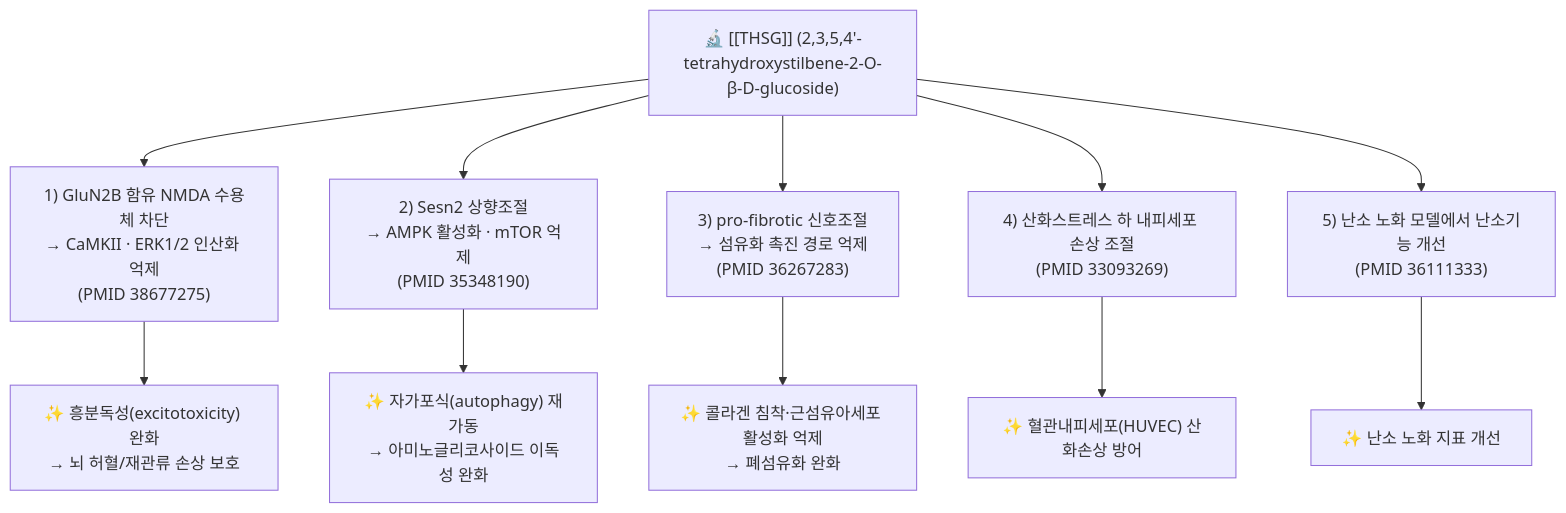
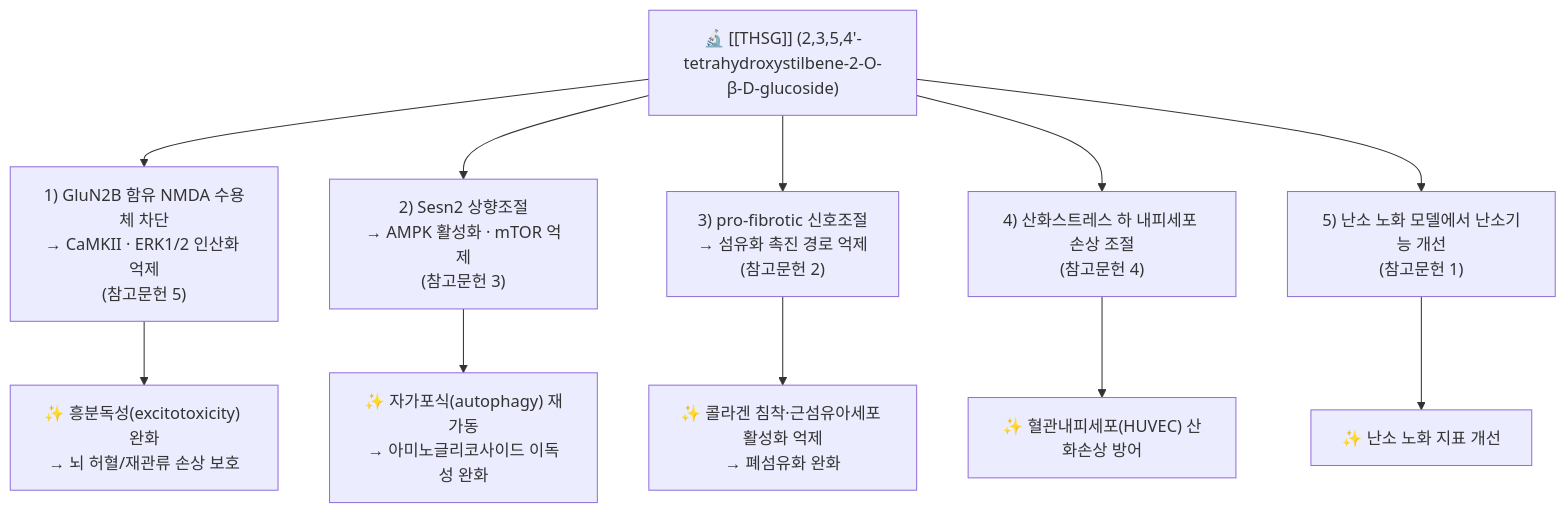
Before and after one commit to simbio11/simbio-digital-garden2: the diagram in content/2. 약리 공부/약리성분/06_페놀_리그난_탄닌/THSG.md, drawn with Mermaid. The commit also changed other lines of this file and 369 other files, not shown here.

````diff
--- a/content/2. 약리 공부/약리성분/06_페놀_리그난_탄닌/THSG.md
+++ b/content/2. 약리 공부/약리성분/06_페놀_리그난_탄닌/THSG.md
@@ -84,14 +79,14 @@
 ```mermaid
 graph TD
-    Compound["🔬 [[THSG]] (2,3,5,4'-tetrahydroxystilbene-2-O-β-D-glucoside)"] --> Target1["1) GluN2B 함유 NMDA 수용체 차단<br/>→ CaMKII · ERK1/2 인산화 억제<br/>(PMID 38677275)"]
-    Compound --> Target2["2) Sesn2 상향조절<br/>→ AMPK 활성화 · mTOR 억제<br/>(PMID 35348190)"]
-    Compound --> Target3["3) pro-fibrotic 신호조절<br/>→ 섬유화 촉진 경로 억제<br/>(PMID 36267283)"]
-    Compound --> Target4["4) 산화스트레스 하 내피세포 손상 조절<br/>(PMID 33093269)"]
-    Compound --> Target5["5) 난소 노화 모델에서 난소기능 개선<br/>(PMID 36111333)"]
+    Compound["🔬 [[THSG]] (2,3,5,4'-tetrahydroxystilbene-2-O-β-D-glucoside)"] --> Target1["1) GluN2B 함유 NMDA 수용체 차단<br/>→ CaMKII · ERK1/2 인산화 억제<br/>(참고문헌 5)"]
+    Compound --> Target2["2) Sesn2 상향조절<br/>→ AMPK 활성화 · mTOR 억제<br/>(참고문헌 3)"]
+    Compound --> Target3["3) pro-fibrotic 신호조절<br/>→ 섬유화 촉진 경로 억제<br/>(참고문헌 2)"]
+    Compound --> Target4["4) 산화스트레스 하 내피세포 손상 조절<br/>(참고문헌 4)"]
+    Compound --> Target5["5) 난소 노화 모델에서 난소기능 개선<br/>(참고문헌 1)"]
 
     Target1 --> Outcome1["✨ 흥분독성(excitotoxicity) 완화<br/>→ 뇌 허혈/재관류 손상 보호"]
     Target2 --> Outcome2["✨ 자가포식(autophagy) 재가동<br/>→ 아미노글리코사이드 이독성 완화"]
     Target3 --> Outcome3["✨ 콜라겐 침착·근섬유아세포 활성화 억제<br/>→ 폐섬유화 완화"]
     Target4 --> Outcome4["✨ 혈관내피세포(HUVEC) 산화손상 방어"]
     Target5 --> Outcome5["✨ 난소 노화 지표 개선"]
 ```
````
